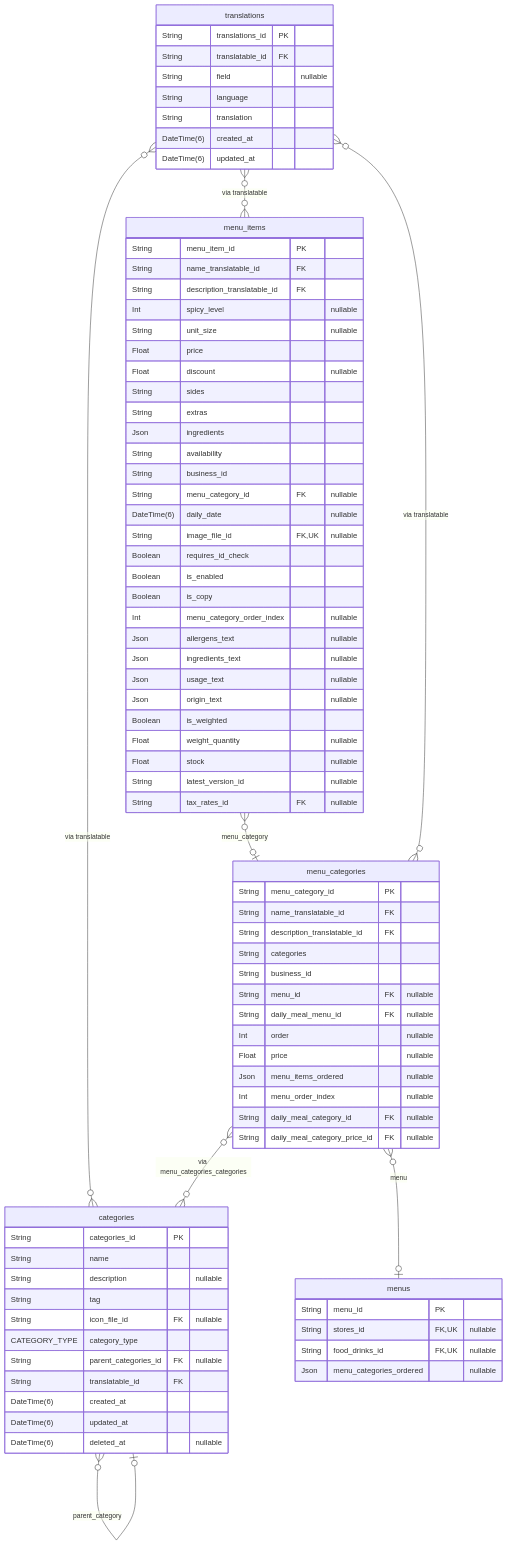
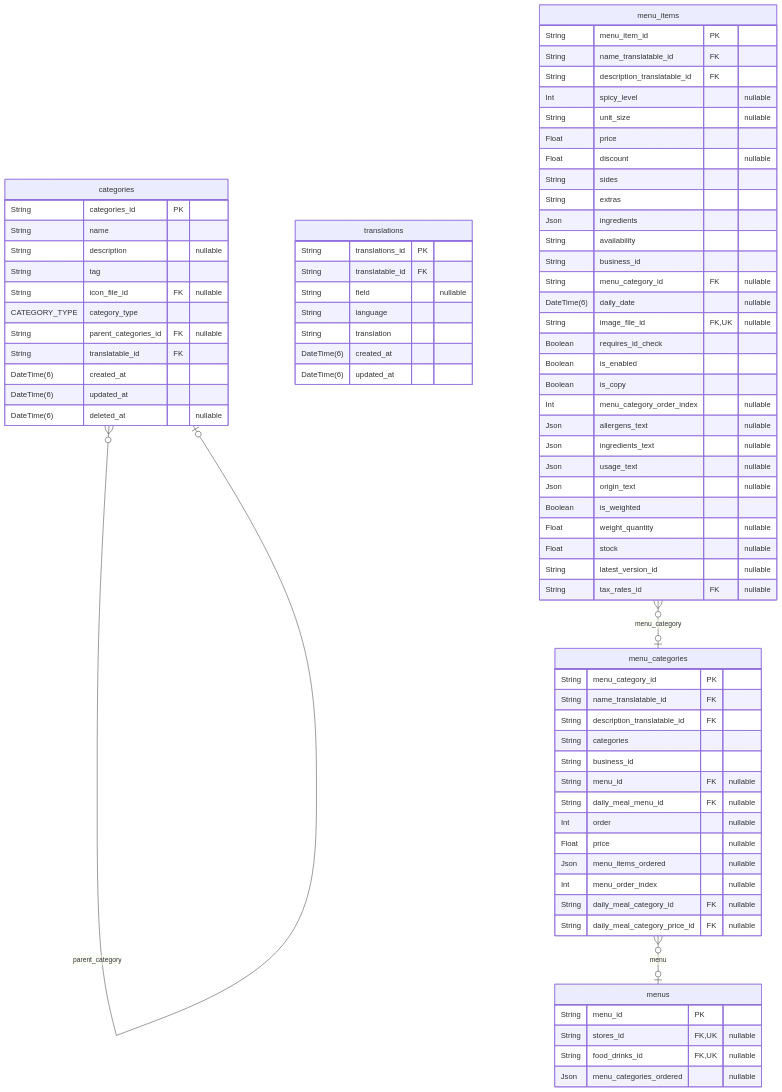
One commit to pbozic/be-analyisis changed diagram 26 of 40 in prisma/schemas/ERD.md. Above: the diagram before and after it, drawn with Mermaid. The commit also changed other lines of this file and 18 other files, not shown here.

````diff
--- a/prisma/schemas/ERD.md
+++ b/prisma/schemas/ERD.md
@@ -4767,8 +4746,4 @@
 "categories" }o--o| "categories" : parent_category
 "menu_categories" }o--o| "menus" : menu
 "menu_items" }o--o| "menu_categories" : menu_category
-"translations" }o--o{ "categories" : "via translatable"
-"translations" }o--o{ "menu_categories" : "via translatable"
-"translations" }o--o{ "menu_items" : "via translatable"
-"menu_categories" }o--o{ "categories" : "via menu_categories_categories"
 ```
````
